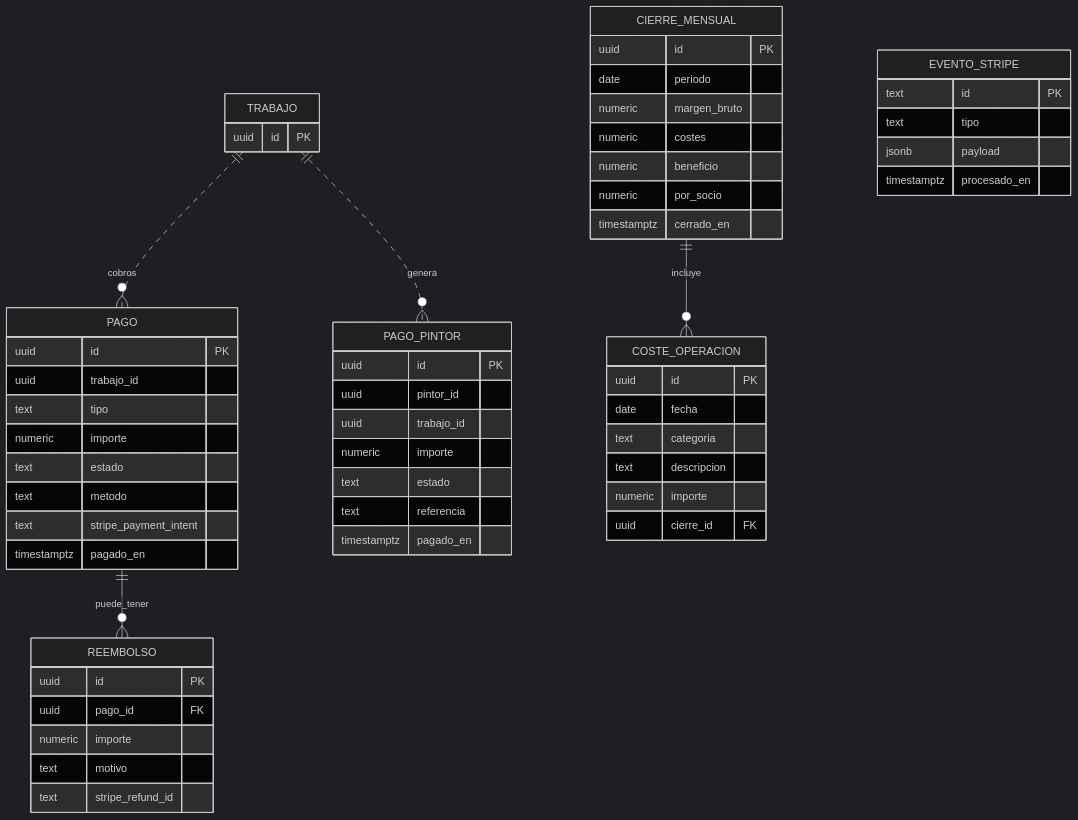
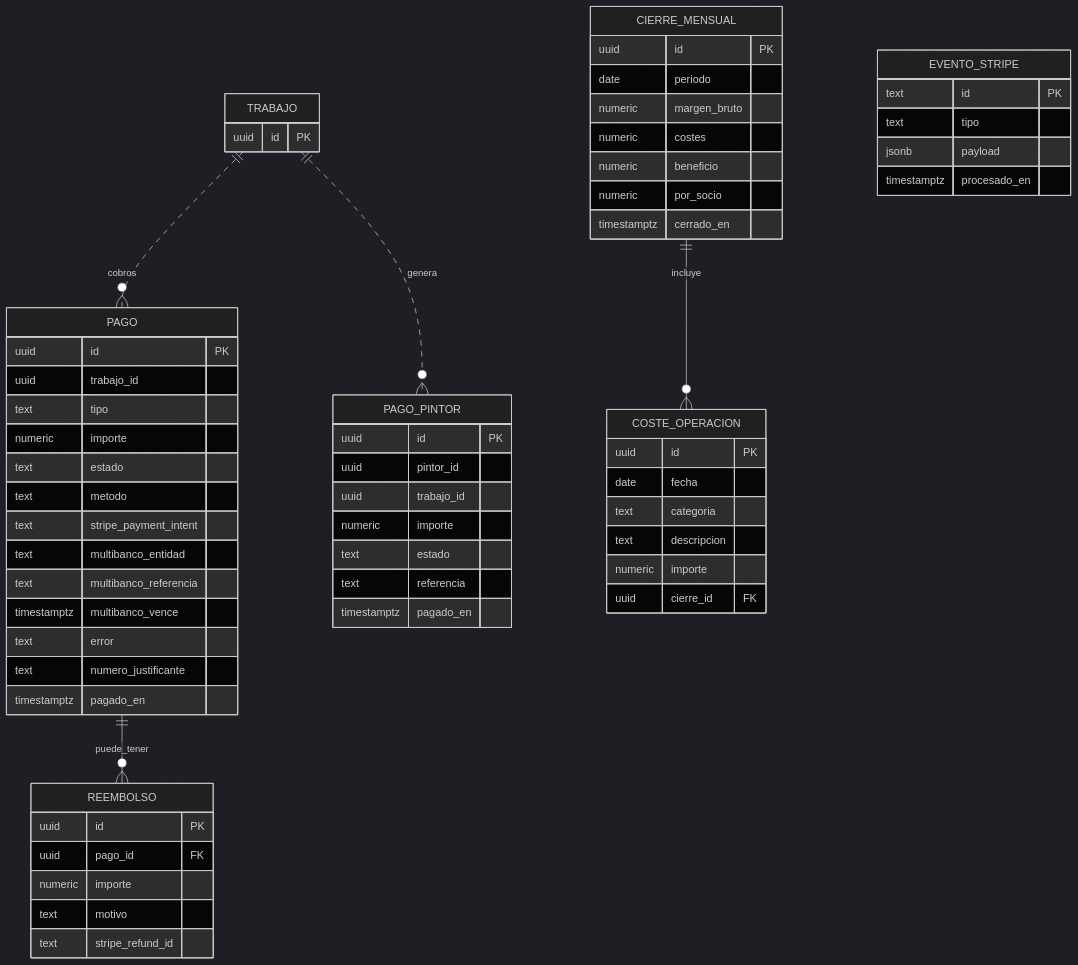
Before and after one commit to nilh77/pinta: the third of 3 diagrams in docs/data-model.md, drawn with Mermaid (dark theme). The commit also changed other lines of this file and 4 other files, not shown here.

````diff
--- a/docs/data-model.md
+++ b/docs/data-model.md
@@ -207,59 +207,64 @@
 ```mermaid
 erDiagram
   TRABAJO ||..o{ PAGO : cobros
   PAGO ||--o{ REEMBOLSO : puede_tener
   TRABAJO ||..o{ PAGO_PINTOR : genera
   CIERRE_MENSUAL ||--o{ COSTE_OPERACION : incluye
   PAGO {
     uuid id PK
     uuid trabajo_id
     text tipo
     numeric importe
     text estado
     text metodo
     text stripe_payment_intent
+    text multibanco_entidad
+    text multibanco_referencia
+    timestamptz multibanco_vence
+    text error
+    text numero_justificante
     timestamptz pagado_en
   }
   REEMBOLSO {
     uuid id PK
     uuid pago_id FK
     numeric importe
     text motivo
     text stripe_refund_id
   }
   EVENTO_STRIPE {
     text id PK
     text tipo
     jsonb payload
     timestamptz procesado_en
   }
   PAGO_PINTOR {
     uuid id PK
     uuid pintor_id
     uuid trabajo_id
     numeric importe
     text estado
     text referencia
     timestamptz pagado_en
   }
   COSTE_OPERACION {
     uuid id PK
     date fecha
     text categoria
     text descripcion
     numeric importe
     uuid cierre_id FK
   }
   CIERRE_MENSUAL {
     uuid id PK
     date periodo
     numeric margen_bruto
     numeric costes
     numeric beneficio
     numeric por_socio
     timestamptz cerrado_en
   }
   TRABAJO {
     uuid id PK
   }
 ```
````
